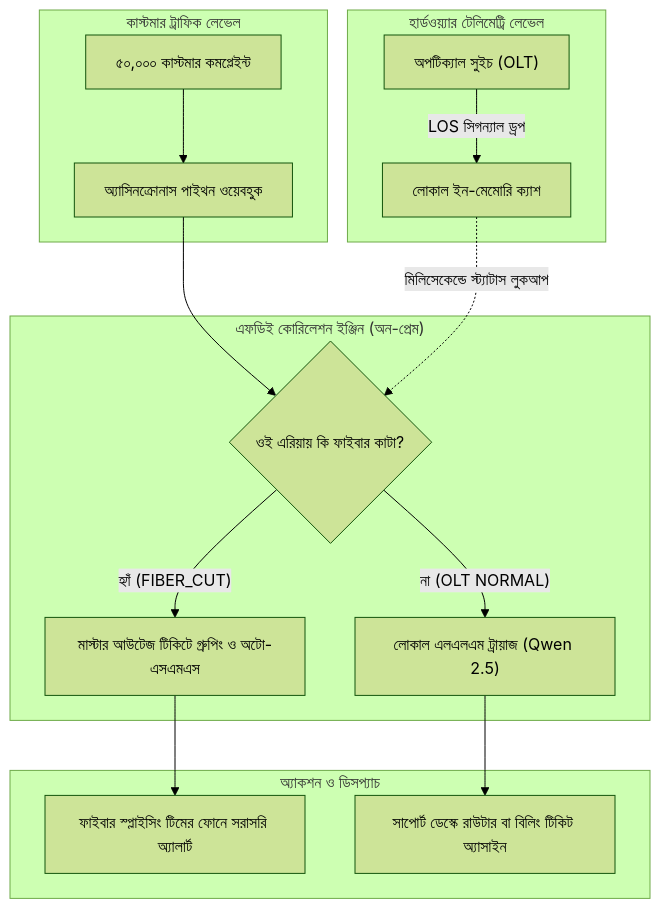
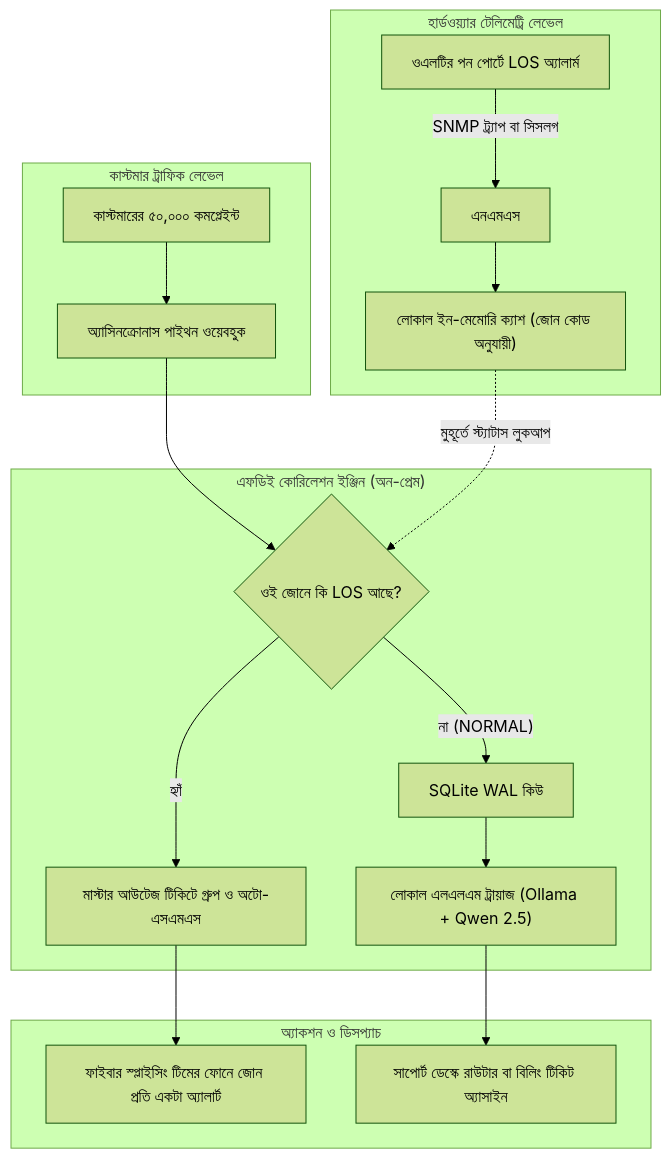
One commit to aiwithr/fde_book changed the first of 2 diagrams in docs/chapter-4/index.md. Above: the diagram before and after it, drawn with Mermaid (forest theme). The commit also changed other lines of this file, not shown here.

````diff
--- a/docs/chapter-4/index.md
+++ b/docs/chapter-4/index.md
@@ -58,23 +69,25 @@
 ```mermaid
 flowchart TD
     subgraph Telemetry["হার্ডওয়্যার টেলিমেট্রি লেভেল"]
-        H1["অপটিক্যাল সুইচ (OLT)"] -->|"LOS সিগন্যাল ড্রপ"| H2["লোকাল ইন-মেমোরি ক্যাশ"]
+        H1["ওএলটির পন পোর্টে LOS অ্যালার্ম"] -->|"SNMP ট্র্যাপ বা সিসলগ"| H2["এনএমএস"]
+        H2 --> H3["লোকাল ইন-মেমোরি ক্যাশ (জোন কোড অনুযায়ী)"]
     end
 
     subgraph Ingestion["কাস্টমার ট্রাফিক লেভেল"]
-        C1["৫০,০০০ কাস্টমার কমপ্লেইন্ট"] --> C2["অ্যাসিনক্রোনাস পাইথন ওয়েবহুক"]
+        C1["কাস্টমারের ৫০,০০০ কমপ্লেইন্ট"] --> C2["অ্যাসিনক্রোনাস পাইথন ওয়েবহুক"]
     end
 
     subgraph CorrelationEngine["এফডিই কোরিলেশন ইঞ্জিন (অন-প্রেম)"]
-        C2 --> D1{"ওই এরিয়ায় কি ফাইবার কাটা?"}
-        H2 -.->|"মিলিসেকেন্ডে স্ট্যাটাস লুকআপ"| D1
+        C2 --> D1{"ওই জোনে কি LOS আছে?"}
+        H3 -.->|"মুহূর্তে স্ট্যাটাস লুকআপ"| D1
 
-        D1 -- "হ্যাঁ (FIBER_CUT)" --> E1["মাস্টার আউটেজ টিকিটে গ্রুপিং ও অটো-এসএমএস"]
-        D1 -- "না (OLT NORMAL)" --> E2["লোকাল এলএলএম ট্রায়াজ (Qwen 2.5)"]
+        D1 -- "হ্যাঁ" --> E1["মাস্টার আউটেজ টিকিটে গ্রুপ ও অটো-এসএমএস"]
+        D1 -- "না (NORMAL)" --> E2["SQLite WAL কিউ"]
+        E2 --> E3["লোকাল এলএলএম ট্রায়াজ (Ollama + Qwen 2.5)"]
     end
 
     subgraph Action["অ্যাকশন ও ডিসপ্যাচ"]
-        E1 --> F1["ফাইবার স্প্লাইসিং টিমের ফোনে সরাসরি অ্যালার্ট"]
-        E2 --> F2["সাপোর্ট ডেস্কে রাউটার বা বিলিং টিকিট অ্যাসাইন"]
+        E1 --> F1["ফাইবার স্প্লাইসিং টিমের ফোনে জোন প্রতি একটা অ্যালার্ট"]
+        E3 --> F2["সাপোর্ট ডেস্কে রাউটার বা বিলিং টিকিট অ্যাসাইন"]
     end
 ```
````
